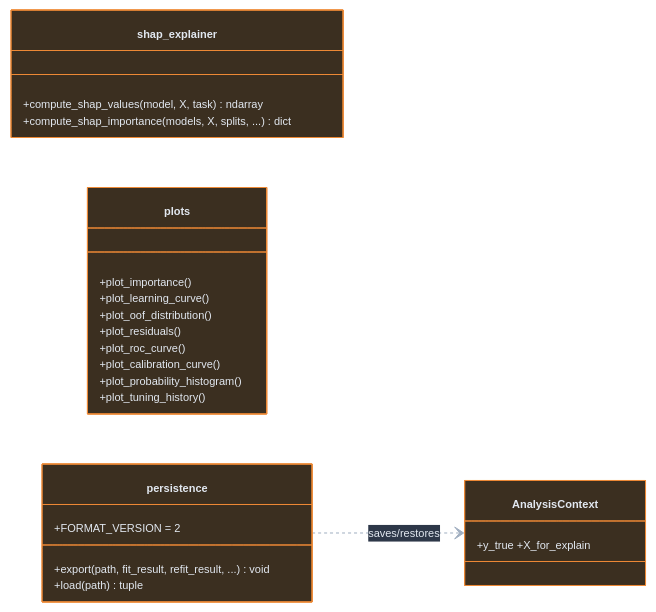
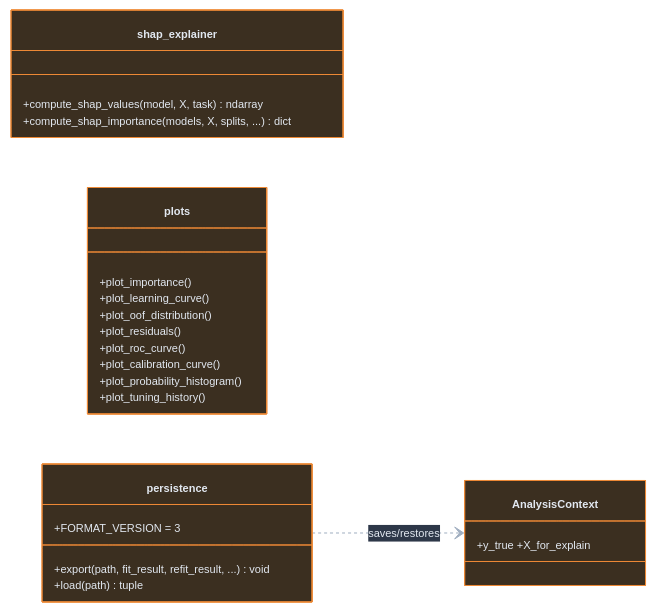
The sixth of 7 diagrams in ARCHITECTURE.md (nbx-liz/LizyML), drawn with Mermaid before and after one commit. The commit also changed other lines of this file and 27 other files, not shown here.

````diff
--- a/ARCHITECTURE.md
+++ b/ARCHITECTURE.md
@@ -489,31 +489,31 @@
 ```mermaid
 %%{init: {'theme': 'base', 'themeVariables': {'fontSize': '11px', 'primaryColor': '#2d3748', 'primaryTextColor': '#e2e8f0', 'lineColor': '#a0aec0', 'background': '#1a202c', 'mainBkg': '#2d3748', 'nodeBorder': '#718096'}}}%%
 classDiagram
     direction LR
 
     class shap_explainer:::optClass {
         +compute_shap_values(model, X, task) ndarray
         +compute_shap_importance(models, X, splits, ...) dict
     }
 
     class plots:::optClass {
         +plot_importance()
         +plot_learning_curve()
         +plot_oof_distribution()
         +plot_residuals()
         +plot_roc_curve()
         +plot_calibration_curve()
         +plot_probability_histogram()
         +plot_tuning_history()
     }
 
     class persistence:::optClass {
         +export(path, fit_result, refit_result, ...) void
         +load(path) tuple
-        +FORMAT_VERSION = 2
+        +FORMAT_VERSION = 3
     }
     class AnalysisContext:::optClass { +y_true +X_for_explain }
     persistence ..> AnalysisContext : saves/restores
 
     classDef optClass fill:#3b2f20,stroke:#ed8936,color:#e2e8f0
 ```
````
